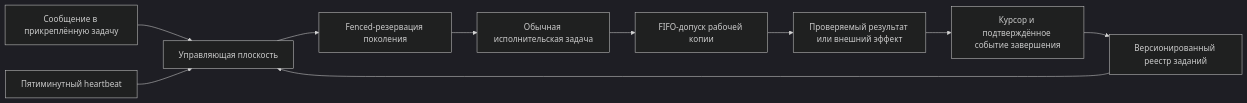
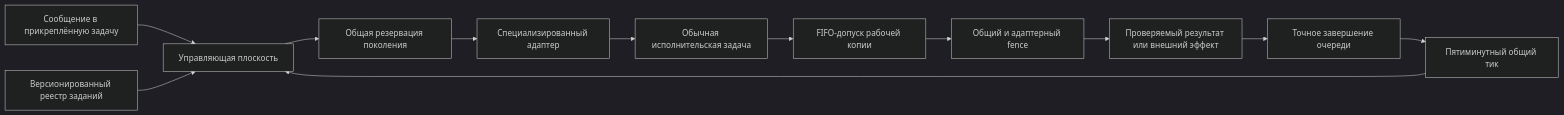
The diagram in Документация/45-диспетчер-автоматизаций-FUM.md (fum-lab/fum), drawn with Mermaid (dark theme) before and after one commit. The commit also changed other lines of this file and 92 other files, not shown here.

````diff
--- a/Документация/45-диспетчер-автоматизаций-FUM.md
+++ b/Документация/45-диспетчер-автоматизаций-FUM.md
@@ -13,12 +13,14 @@
 ```mermaid
 flowchart LR
-    message["Сообщение в прикреплённую задачу"] --> control["Управляющая плоскость"]
-    heartbeat["Пятиминутный heartbeat"] --> control
-    registry["Версионированный реестр заданий"] --> control
-    control --> claim["Fenced-резервация поколения"]
-    claim --> task["Обычная исполнительская задача"]
-    task --> fifo["FIFO-допуск рабочей копии"]
-    fifo --> effect["Проверяемый результат или внешний эффект"]
-    effect --> cursor["Курсор и подтверждённое событие завершения"]
-    cursor --> registry
+    сообщение["Сообщение в прикреплённую задачу"] --> управление["Управляющая плоскость"]
+    тик["Пятиминутный общий тик"] --> управление
+    реестр["Версионированный реестр заданий"] --> управление
+    управление --> общая_защита["Общая резервация поколения"]
+    общая_защита --> адаптер["Специализированный адаптер"]
+    адаптер --> задача["Обычная исполнительская задача"]
+    задача --> очередь["FIFO-допуск рабочей копии"]
+    очередь --> двойная_проверка["Общий и адаптерный fence"]
+    двойная_проверка --> результат["Проверяемый результат или внешний эффект"]
+    результат --> завершение["Точное завершение очереди"]
+    завершение --> тик
 ```
````
